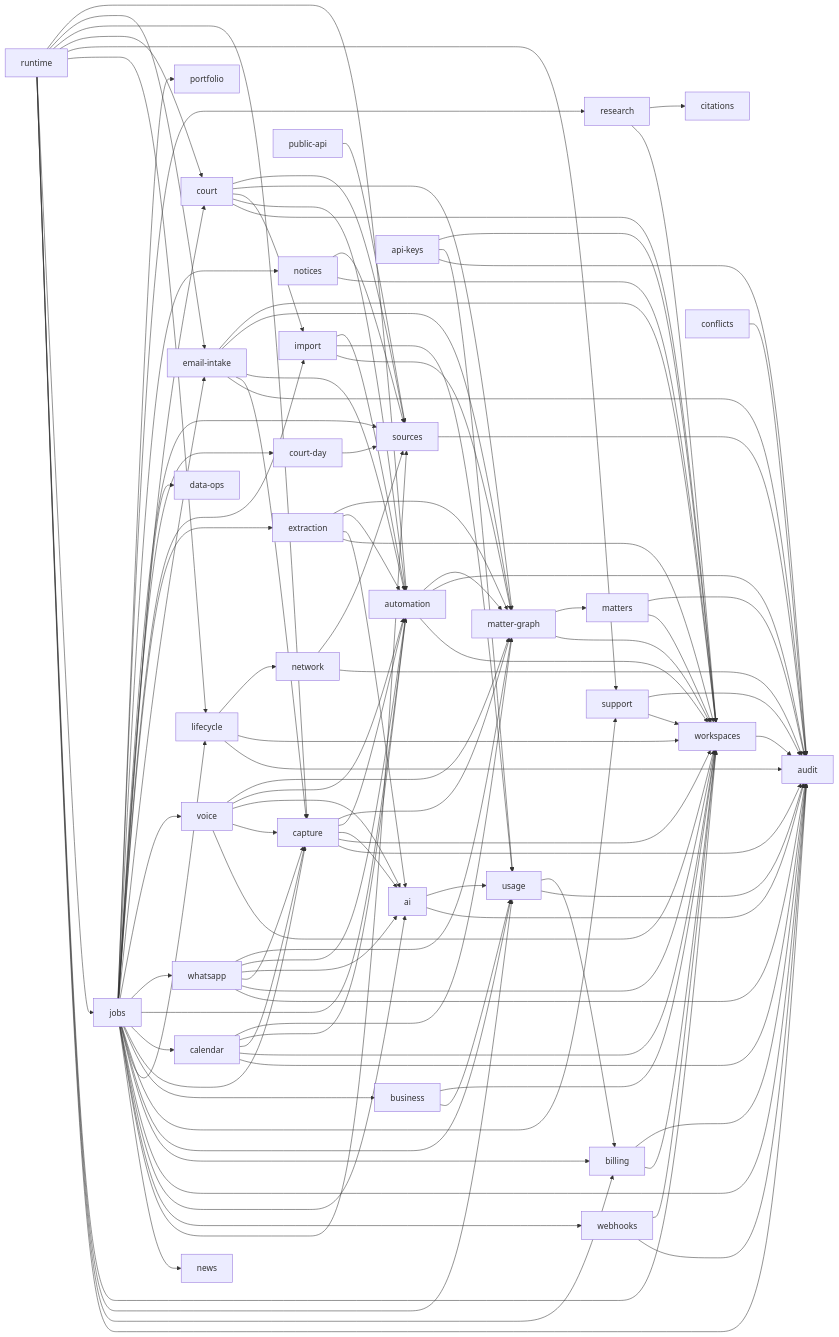
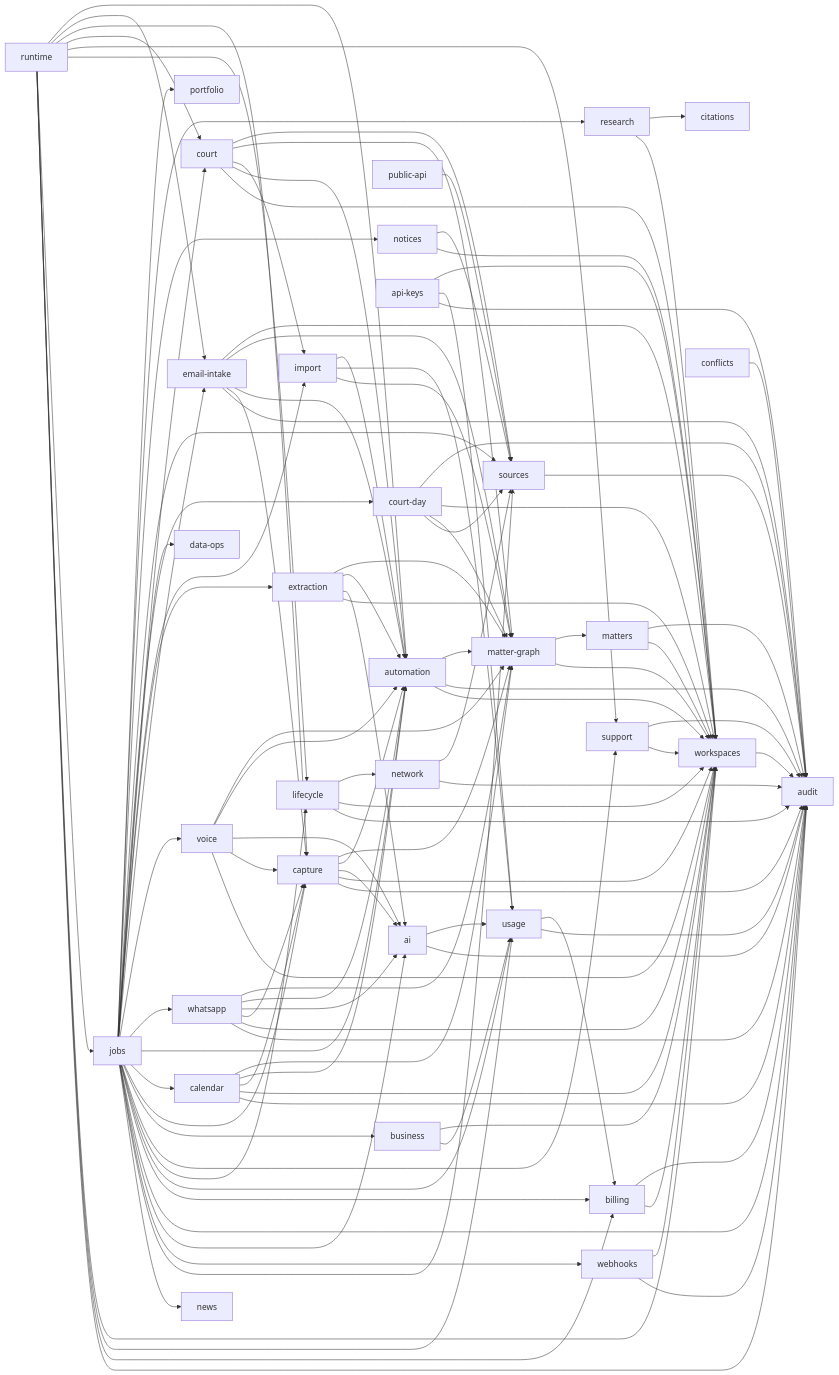
One commit to RapierCraftStudios/causedeck changed the diagram in docs/engineering/core-domains.md. Above: the diagram before and after it, drawn with Mermaid. The commit also changed other lines of this file and 14 other files, not shown here.

```diff
--- a/docs/engineering/core-domains.md
+++ b/docs/engineering/core-domains.md
@@ -93,6 +93,9 @@
   court --> matter-graph
   court --> sources
   court-day --> sources
+  court-day --> matter-graph
+  court-day --> workspaces
+  court-day --> audit
   matter-graph --> workspaces
   matter-graph --> matters
   automation --> workspaces
```
